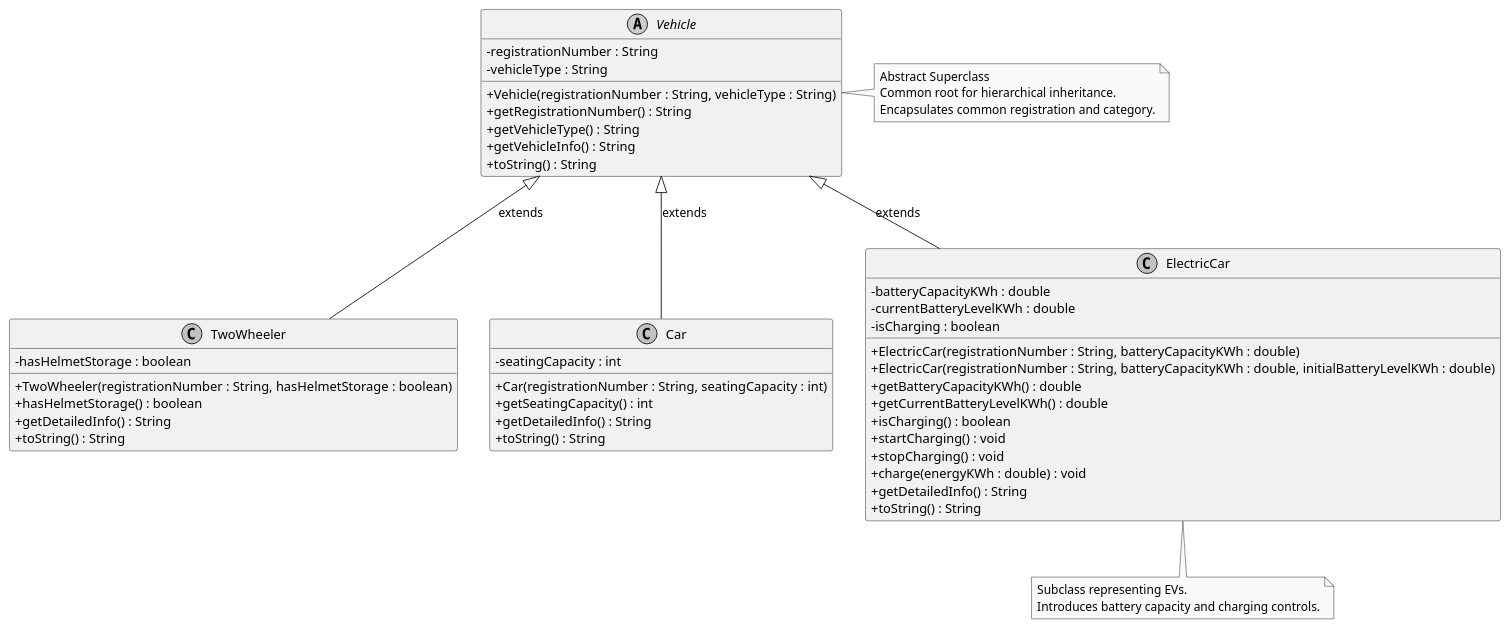
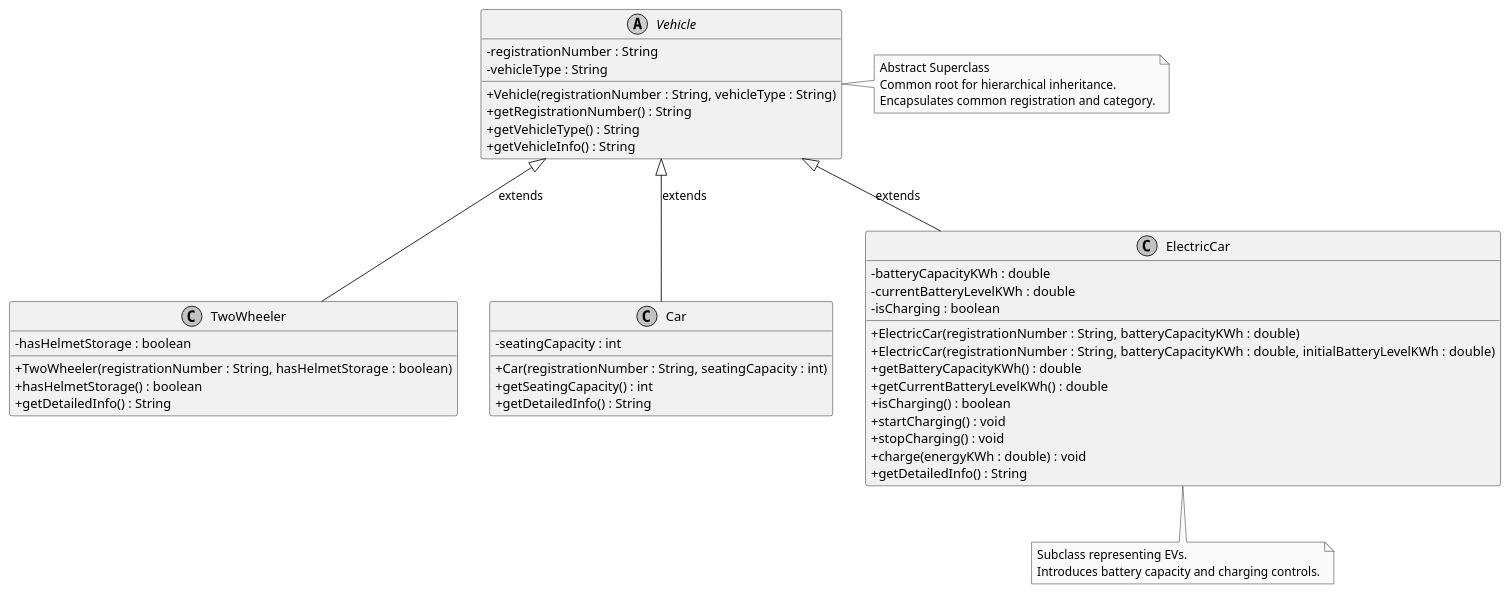
The diagram in docs/uml/task06-inheritance-hierarchy.puml (hasinbanu-creator/CSA0916-JAVA-CO1), drawn with PlantUML before and after one commit. The commit also changed other lines of this file and 6 other files, not shown here.

```diff
--- a/docs/uml/task06-inheritance-hierarchy.puml
+++ b/docs/uml/task06-inheritance-hierarchy.puml
@@ -1,63 +1,59 @@
 @startuml task06-inheritance-hierarchy
 skinparam classAttributeIconSize 0
 skinparam monochrome true
 skinparam shadowing false
 
 abstract class Vehicle {
     - registrationNumber : String
     - vehicleType : String
     + Vehicle(registrationNumber : String, vehicleType : String)
     + getRegistrationNumber() : String
     + getVehicleType() : String
     + getVehicleInfo() : String
-    + toString() : String
 }
 
 class TwoWheeler {
     - hasHelmetStorage : boolean
     + TwoWheeler(registrationNumber : String, hasHelmetStorage : boolean)
     + hasHelmetStorage() : boolean
     + getDetailedInfo() : String
-    + toString() : String
 }
 
 class Car {
     - seatingCapacity : int
     + Car(registrationNumber : String, seatingCapacity : int)
     + getSeatingCapacity() : int
     + getDetailedInfo() : String
-    + toString() : String
 }
 
 class ElectricCar {
     - batteryCapacityKWh : double
     - currentBatteryLevelKWh : double
     - isCharging : boolean
     + ElectricCar(registrationNumber : String, batteryCapacityKWh : double)
     + ElectricCar(registrationNumber : String, batteryCapacityKWh : double, initialBatteryLevelKWh : double)
     + getBatteryCapacityKWh() : double
     + getCurrentBatteryLevelKWh() : double
     + isCharging() : boolean
     + startCharging() : void
     + stopCharging() : void
     + charge(energyKWh : double) : void
     + getDetailedInfo() : String
-    + toString() : String
 }
 
 Vehicle <|-- TwoWheeler : extends
 Vehicle <|-- Car : extends
 Vehicle <|-- ElectricCar : extends
 
 note right of Vehicle
   Abstract Superclass
   Common root for hierarchical inheritance.
   Encapsulates common registration and category.
 end note
 
 note bottom of ElectricCar
   Subclass representing EVs.
   Introduces battery capacity and charging controls.
 end note
 
 @enduml
```
